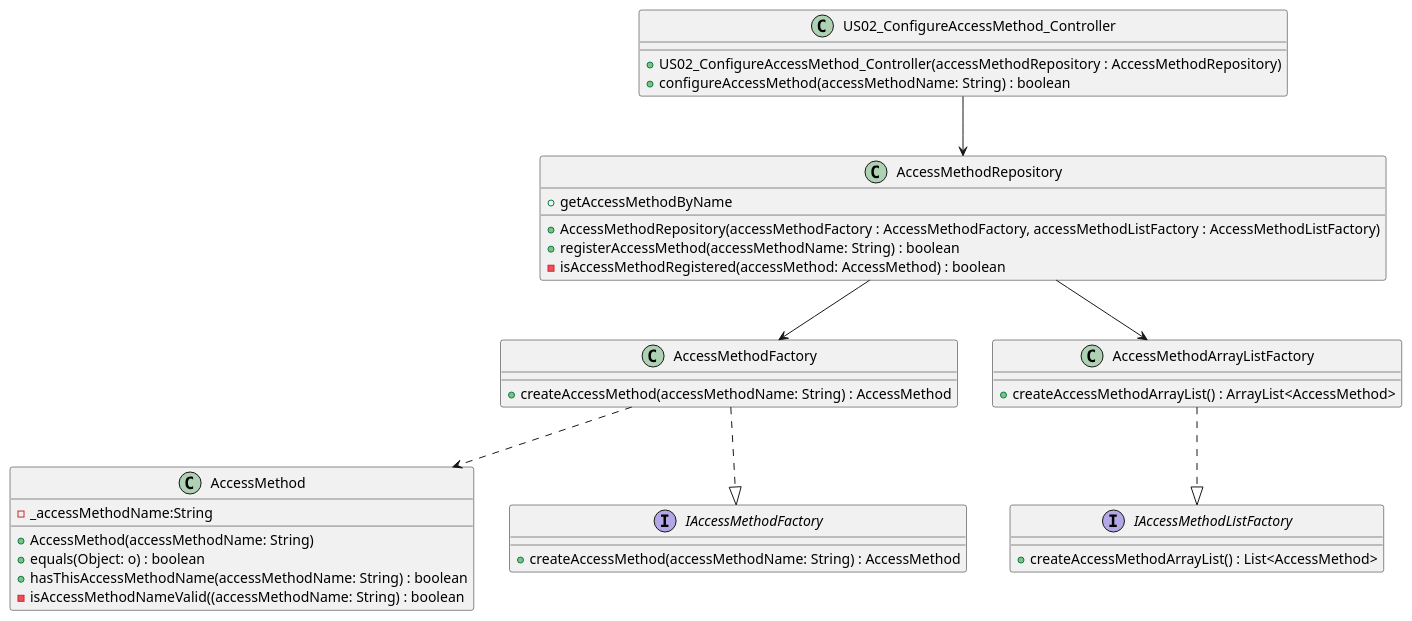
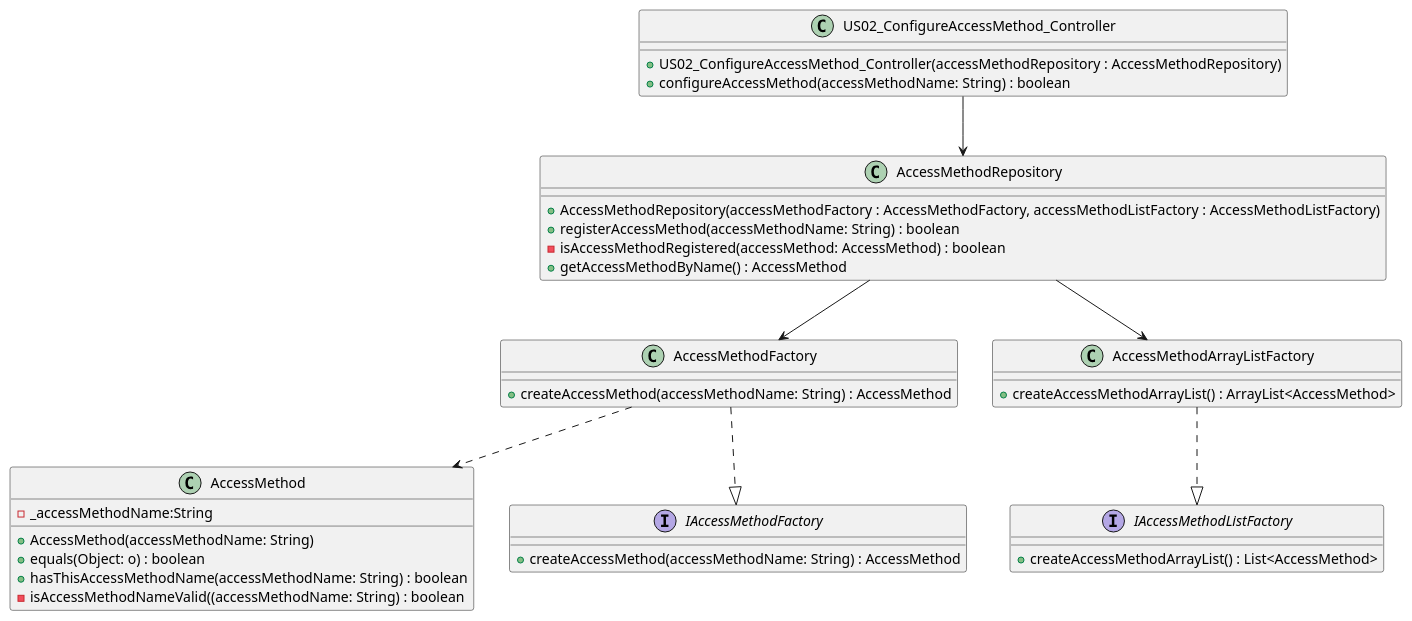
One commit to GasparISEP/DevOps-PAI changed the diagram in docs/US02/US02_ConfigureAccessMethod_ClassDiagram.puml. Above: the diagram before and after it, drawn with PlantUML. The commit also changed 2 other files, not shown here.

Commit message:
ci: changed isAccessMethodRegistered to private + updated ClassDiagram tests: updated tests

```diff
--- a/docs/US02/US02_ConfigureAccessMethod_ClassDiagram.puml
+++ b/docs/US02/US02_ConfigureAccessMethod_ClassDiagram.puml
@@ -1,59 +1,59 @@
 @startuml
 
 class AccessMethod
 interface IAccessMethodFactory
 class AccessMethodFactory
 interface IAccessMethodListFactory
 class AccessMethodArrayListFactory
 class AccessMethodRepository
 class US02_ConfigureAccessMethod_Controller
 
 class AccessMethod {
     -_accessMethodName:String
     +AccessMethod(accessMethodName: String)
     +equals(Object: o) : boolean
     +hasThisAccessMethodName(accessMethodName: String) : boolean
     -isAccessMethodNameValid((accessMethodName: String) : boolean
 }
 
 Interface IAccessMethodFactory {
     +createAccessMethod(accessMethodName: String) : AccessMethod
 }
 
 class AccessMethodFactory {
     +createAccessMethod(accessMethodName: String) : AccessMethod
 }
 'implements
 AccessMethodFactory ..|> IAccessMethodFactory
 
 
 Interface IAccessMethodListFactory {
  +createAccessMethodArrayList() : List<AccessMethod>
 }
 
 class AccessMethodArrayListFactory {
     +createAccessMethodArrayList() : ArrayList<AccessMethod>
 }
 'implements
 AccessMethodArrayListFactory ..|> IAccessMethodListFactory
 
 class AccessMethodRepository {
     +AccessMethodRepository(accessMethodFactory : AccessMethodFactory, accessMethodListFactory : AccessMethodListFactory)
     +registerAccessMethod(accessMethodName: String) : boolean
     -isAccessMethodRegistered(accessMethod: AccessMethod) : boolean
-    +getAccessMethodByName
+    +getAccessMethodByName() : AccessMethod
 }
 'uses
 AccessMethodRepository --> AccessMethodFactory
 AccessMethodRepository --> AccessMethodArrayListFactory
 
 class US02_ConfigureAccessMethod_Controller {
     +US02_ConfigureAccessMethod_Controller(accessMethodRepository : AccessMethodRepository)
     +configureAccessMethod(accessMethodName: String) : boolean
 }
 'uses
 US02_ConfigureAccessMethod_Controller --> AccessMethodRepository
 
 'creates
 AccessMethodFactory ..> AccessMethod
 @enduml
```
